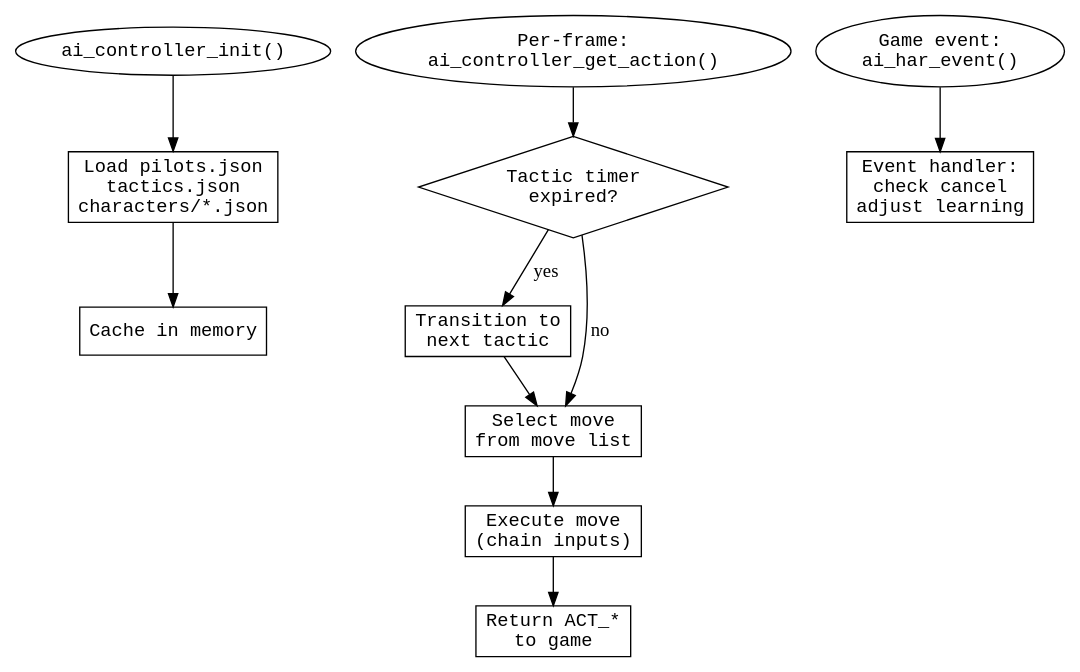
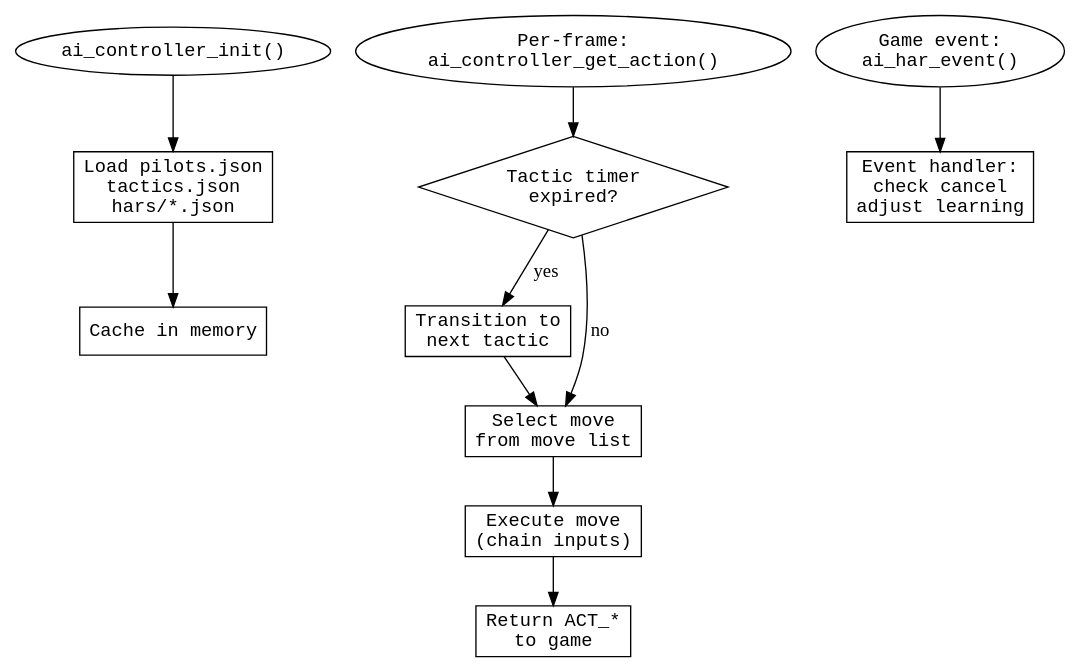
One commit to snafudev/openomf changed the third of 3 diagrams in docs/source/architecture/ai.rst. Above: the diagram before and after it, drawn with Graphviz. The commit also changed other lines of this file, not shown here.

Commit message:
Update ai architecture documentation

```diff
--- a/docs/source/architecture/ai.rst
+++ b/docs/source/architecture/ai.rst
@@ -468,28 +552,28 @@
 .. graphviz::
 
    digraph ai_flow {
        rankdir=TB
        node [shape=box, fontname="monospace"]
 
        init [label="ai_controller_init()", shape=ellipse]
-       load_config [label="Load pilots.json\ntactics.json\ncharacters/*.json"]
+       load_config [label="Load pilots.json\ntactics.json\nhars/*.json"]
        cache [label="Cache in memory"]
        frame [label="Per-frame:\nai_controller_get_action()", shape=ellipse]
        check_timer [label="Tactic timer\nexpired?", shape=diamond]
        next_tactic [label="Transition to\nnext tactic"]
        select_move [label="Select move\nfrom move list"]
        execute [label="Execute move\n(chain inputs)"]
        return_action [label="Return ACT_*\nto game"]
        event [label="Game event:\nai_har_event()", shape=ellipse]
        process_event [label="Event handler:\ncheck cancel\nadjust learning"]
 
        init -> load_config -> cache
        frame -> check_timer
        check_timer -> next_tactic [label="yes"]
        check_timer -> select_move [label="no"]
        next_tactic -> select_move
        select_move -> execute
        execute -> return_action
        event -> process_event
 
    }
```
